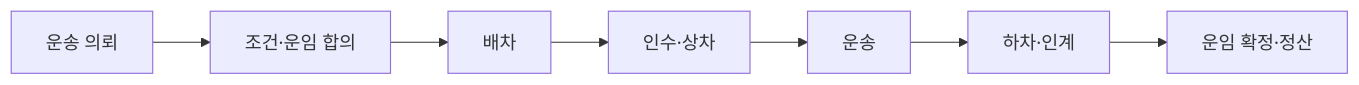
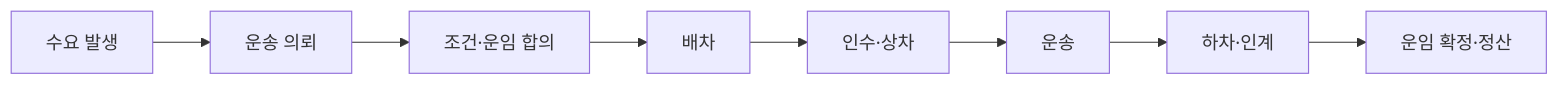
One commit to ajs0813/freight-platform-app changed the diagram in README.md. Above: the diagram before and after it, drawn with Mermaid. The commit also changed other lines of this file, not shown here.

````diff
--- a/README.md
+++ b/README.md
@@ -29,9 +29,10 @@
 ```mermaid
 flowchart LR
-    A[운송 의뢰] --> B[조건·운임 합의]
+    S[수요 발생] --> A[운송 의뢰]
+    A --> B[조건·운임 합의]
     B --> C[배차]
     C --> D[인수·상차]
     D --> E[운송]
     E --> F[하차·인계]
     F --> G[운임 확정·정산]
 ```
````
